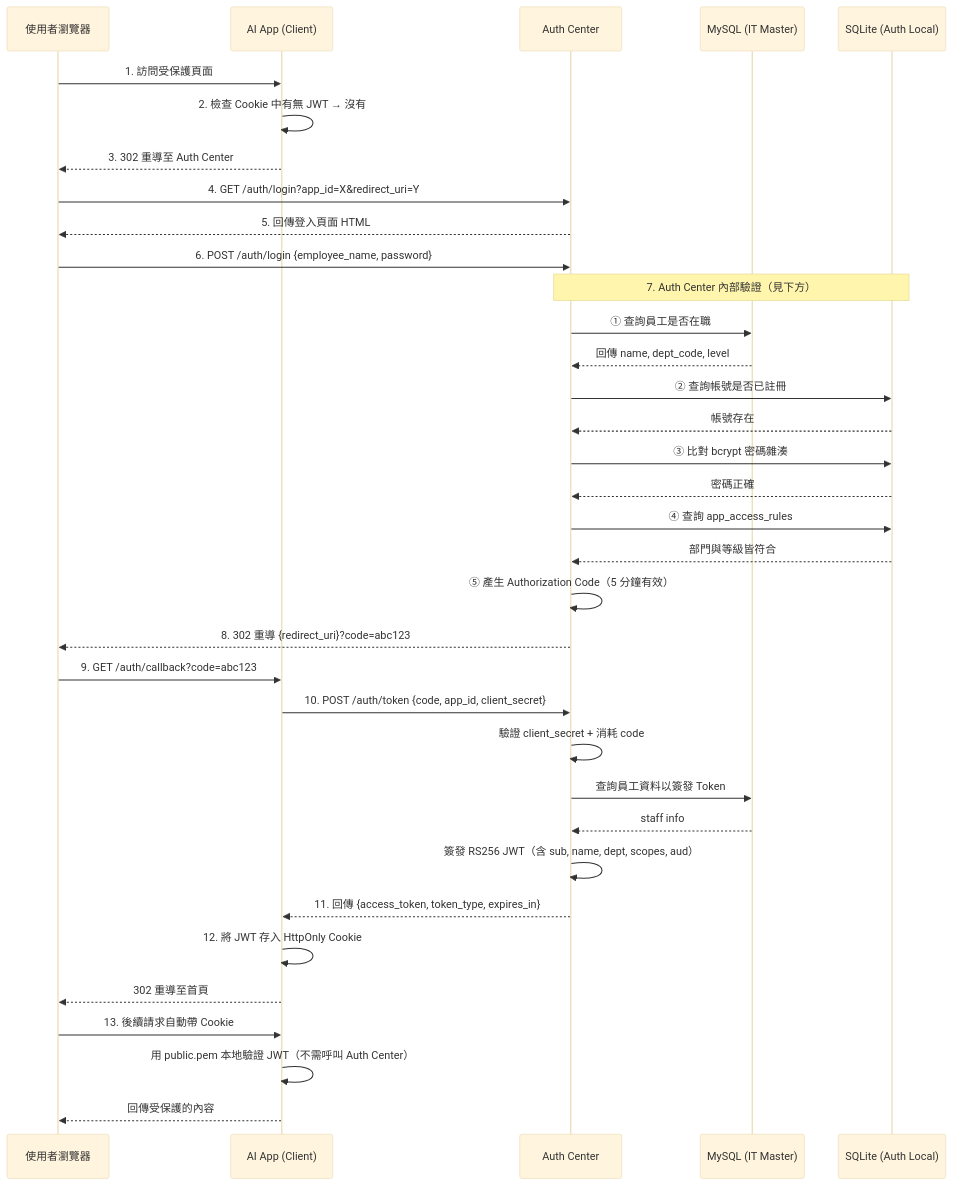
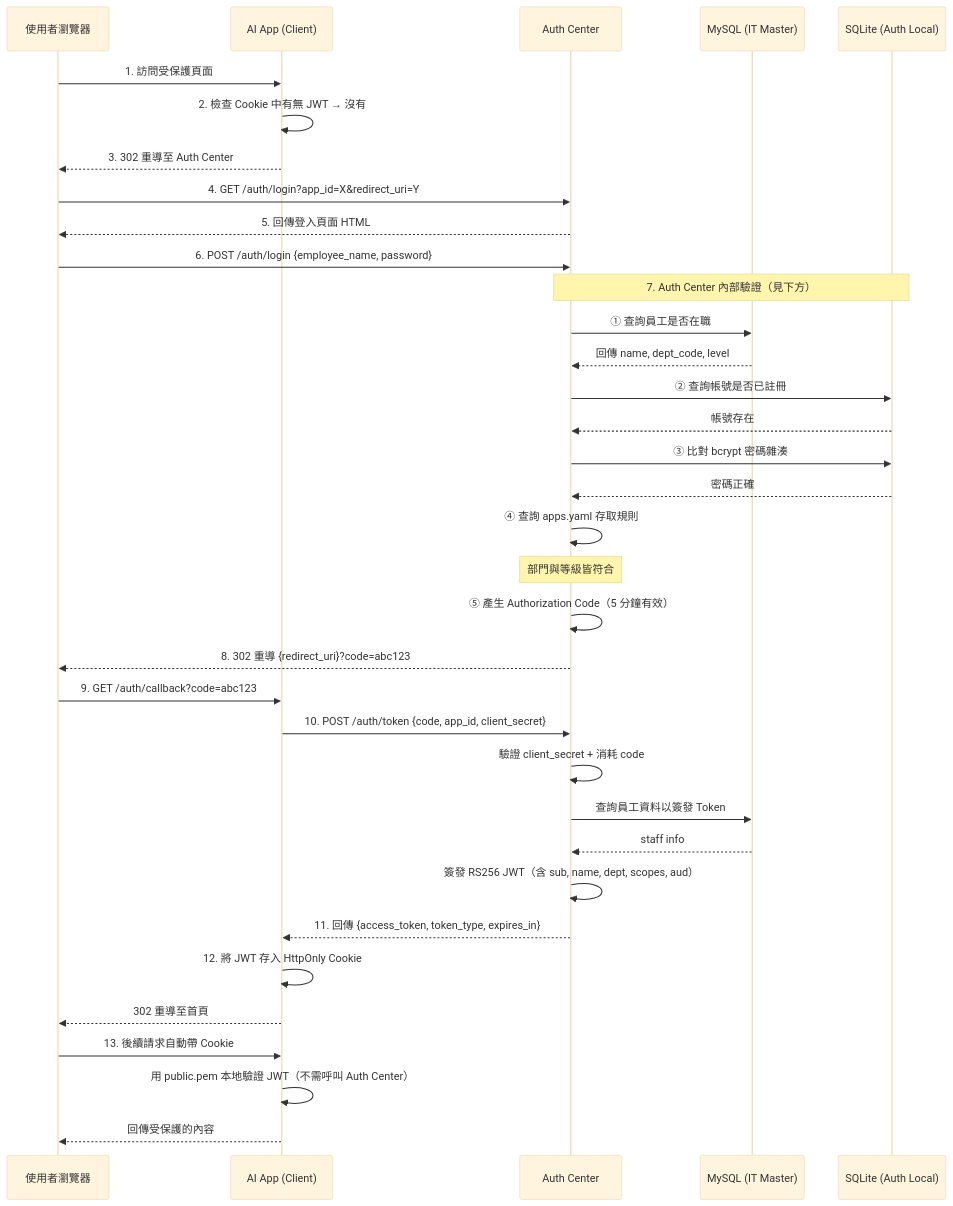
The first of 8 diagrams in README.md (bwinken/authcenter), drawn with Mermaid (base theme) before and after one commit. The commit also changed other lines of this file and 6 other files, not shown here.

First line of the commit message:
refactor: move app access rules from SQLite to apps.yaml

````diff
--- a/README.md
+++ b/README.md
@@ -90,45 +90,45 @@
 ```mermaid
 sequenceDiagram
     participant U as 使用者瀏覽器
     participant A as AI App (Client)
     participant C as Auth Center
     participant M as MySQL (IT Master)
     participant S as SQLite (Auth Local)
 
     U->>A: 1. 訪問受保護頁面
     A->>A: 2. 檢查 Cookie 中有無 JWT → 沒有
     A-->>U: 3. 302 重導至 Auth Center
 
     U->>C: 4. GET /auth/login?app_id=X&redirect_uri=Y
     C-->>U: 5. 回傳登入頁面 HTML
 
     U->>C: 6. POST /auth/login {employee_name, password}
 
     Note over C,S: 7. Auth Center 內部驗證（見下方）
     C->>M: ① 查詢員工是否在職
     M-->>C: 回傳 name, dept_code, level
     C->>S: ② 查詢帳號是否已註冊
     S-->>C: 帳號存在
     C->>S: ③ 比對 bcrypt 密碼雜湊
     S-->>C: 密碼正確
-    C->>S: ④ 查詢 app_access_rules
-    S-->>C: 部門與等級皆符合
+    C->>C: ④ 查詢 apps.yaml 存取規則
+    Note over C: 部門與等級皆符合
     C->>C: ⑤ 產生 Authorization Code（5 分鐘有效）
 
     C-->>U: 8. 302 重導 {redirect_uri}?code=abc123
     U->>A: 9. GET /auth/callback?code=abc123
 
     A->>C: 10. POST /auth/token {code, app_id, client_secret}
     C->>C: 驗證 client_secret + 消耗 code
     C->>M: 查詢員工資料以簽發 Token
     M-->>C: staff info
     C->>C: 簽發 RS256 JWT（含 sub, name, dept, scopes, aud）
     C-->>A: 11. 回傳 {access_token, token_type, expires_in}
 
     A->>A: 12. 將 JWT 存入 HttpOnly Cookie
     A-->>U: 302 重導至首頁
 
     U->>A: 13. 後續請求自動帶 Cookie
     A->>A: 用 public.pem 本地驗證 JWT（不需呼叫 Auth Center）
     A-->>U: 回傳受保護的內容
 ```
````
